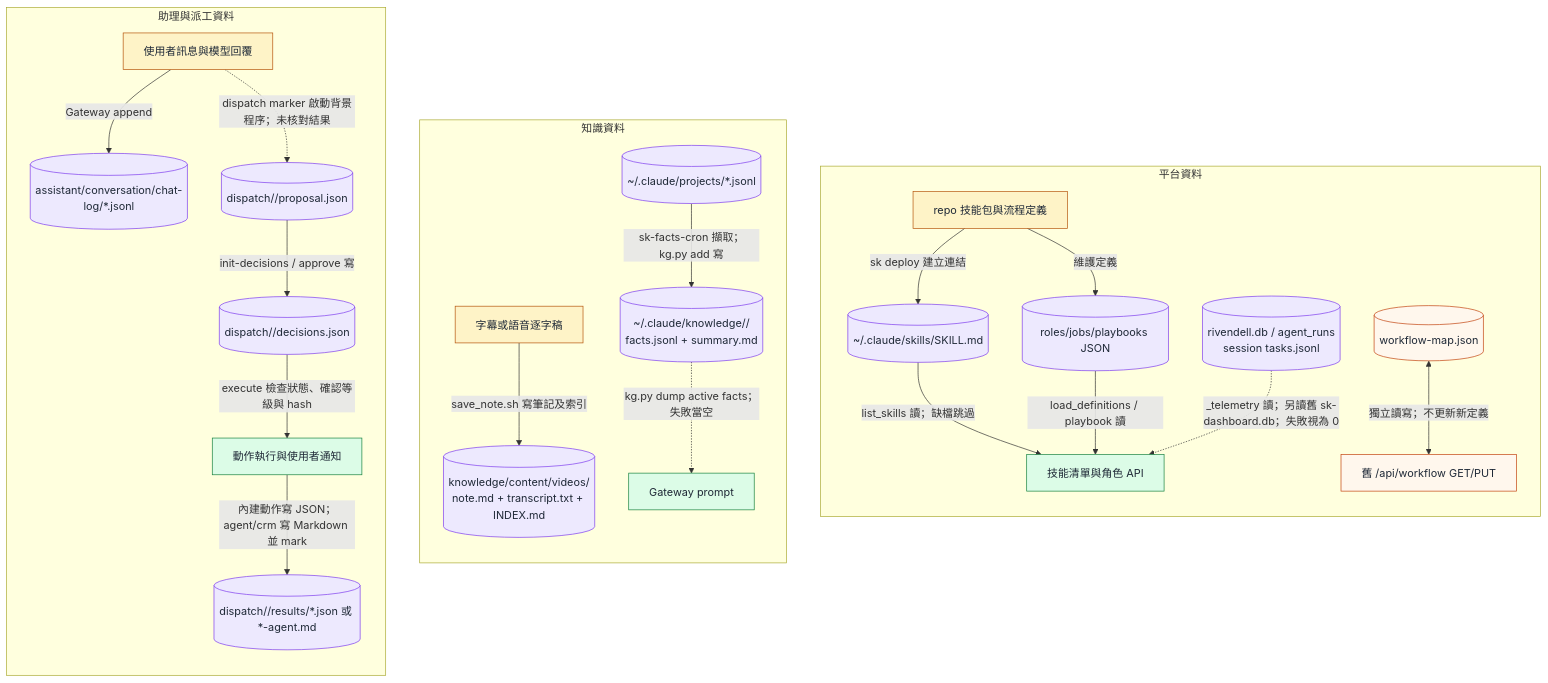
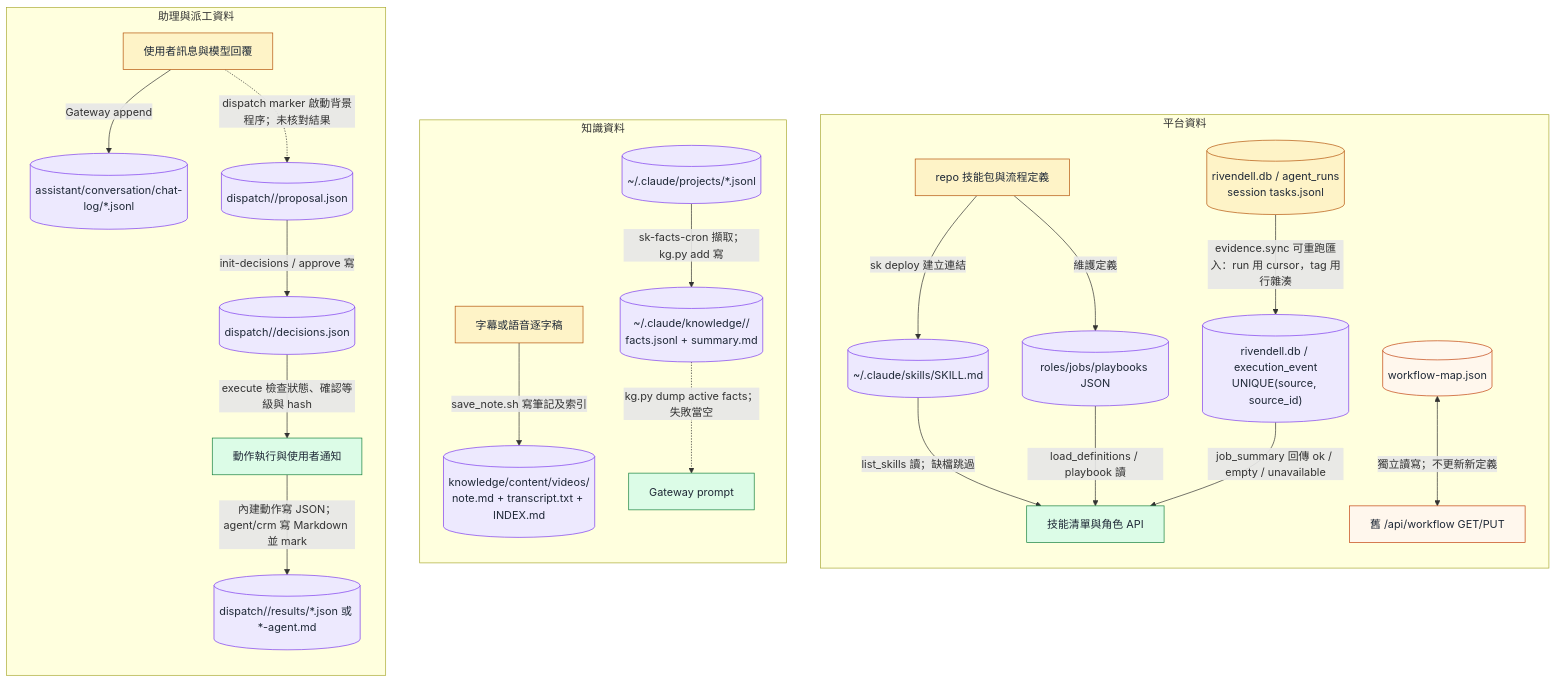
Before and after one commit to manibari/rivendell: the diagram in docs/verification/dataflow-stores-actual-2026-09.mmd, drawn with Mermaid. The commit also changed 10 other files, not shown here.

First line of the commit message:
feat(monitoring): unify execution evidence with ok/empty/unavailable status

```diff
--- a/docs/verification/dataflow-stores-actual-2026-09.mmd
+++ b/docs/verification/dataflow-stores-actual-2026-09.mmd
@@ -1,51 +1,53 @@
-%% Rivendell actual stores, checked 2026-09-22.
+%% Rivendell actual stores, checked 2026-09-22; platform evidence path re-checked 2026-09-23.
 %% Nodes are persisted entities; edge labels identify writers and readers.
 flowchart TB
   classDef source fill:#fef3c7,stroke:#b45309,color:#1f2937
   classDef store fill:#ede9fe,stroke:#7c3aed,color:#1f2937
   classDef reader fill:#dcfce7,stroke:#15803d,color:#1f2937
   classDef warn fill:#fff7ed,stroke:#c2410c,color:#1f2937
 
   subgraph P["平台資料"]
     direction TB
     PSource["repo 技能包與流程定義"]:::source
     PDeploy[("~/.claude/skills/SKILL.md")]:::store
     PWorkflow[("roles/jobs/playbooks JSON")]:::store
-    PEvidence[("rivendell.db / agent_runs<br/>session tasks.jsonl")]:::store
+    PRuns[("rivendell.db / agent_runs<br/>session tasks.jsonl")]:::source
+    PEvidence[("rivendell.db / execution_event<br/>UNIQUE(source, source_id)")]:::store
     PReader["技能清單與角色 API"]:::reader
     PLegacy[("workflow-map.json")]:::warn
     PLegacyAPI["舊 /api/workflow GET/PUT"]:::warn
     PSource -->|"sk deploy 建立連結"| PDeploy
     PSource -->|"維護定義"| PWorkflow
     PDeploy -->|"list_skills 讀；缺檔跳過"| PReader
     PWorkflow -->|"load_definitions / playbook 讀"| PReader
-    PEvidence -.->|"_telemetry 讀；另讀舊 sk-dashboard.db；失敗視為 0"| PReader
+    PRuns -->|"evidence.sync 可重跑匯入：run 用 cursor，tag 用行雜湊"| PEvidence
+    PEvidence -->|"job_summary 回傳 ok / empty / unavailable"| PReader
     PLegacy <-->|"獨立讀寫；不更新新定義"| PLegacyAPI
   end
 
   subgraph K["知識資料"]
     direction TB
     KMedia["字幕或語音逐字稿"]:::source
     KNotes[("knowledge/content/videos/<id><br/>note.md + transcript.txt + INDEX.md")]:::store
     KSessions[("~/.claude/projects/*.jsonl")]:::store
     KFacts[("~/.claude/knowledge/<type>/<slug><br/>facts.jsonl + summary.md")]:::store
     KGateway["Gateway prompt"]:::reader
     KMedia -->|"save_note.sh 寫筆記及索引"| KNotes
     KSessions -->|"sk-facts-cron 擷取；kg.py add 寫"| KFacts
     KFacts -.->|"kg.py dump active facts；失敗當空"| KGateway
   end
 
   subgraph A["助理與派工資料"]
     direction TB
     AChat["使用者訊息與模型回覆"]:::source
     ALog[("assistant/conversation/chat-log/*.jsonl")]:::store
     AProposal[("dispatch/<id>/proposal.json")]:::store
     ADecision[("dispatch/<id>/decisions.json")]:::store
     AResult[("dispatch/<id>/results/*.json 或 *-agent.md")]:::store
     AAction["動作執行與使用者通知"]:::reader
     AChat -->|"Gateway append"| ALog
     AChat -.->|"dispatch marker 啟動背景程序；未核對結果"| AProposal
     AProposal -->|"init-decisions / approve 寫"| ADecision
     ADecision -->|"execute 檢查狀態、確認等級與 hash"| AAction
     AAction -->|"內建動作寫 JSON；agent/crm 寫 Markdown 並 mark"| AResult
   end
```
